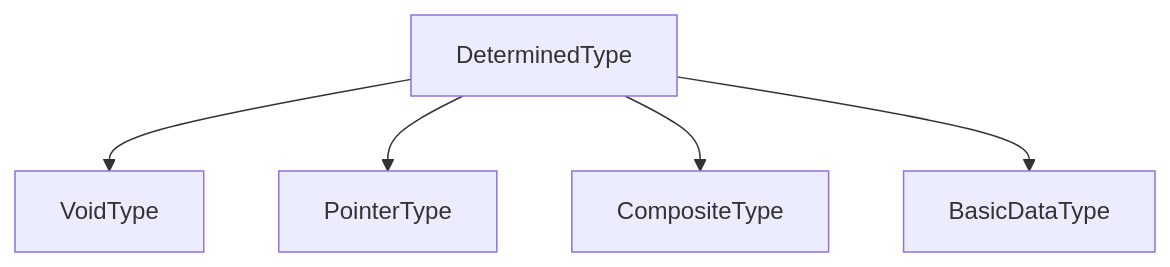
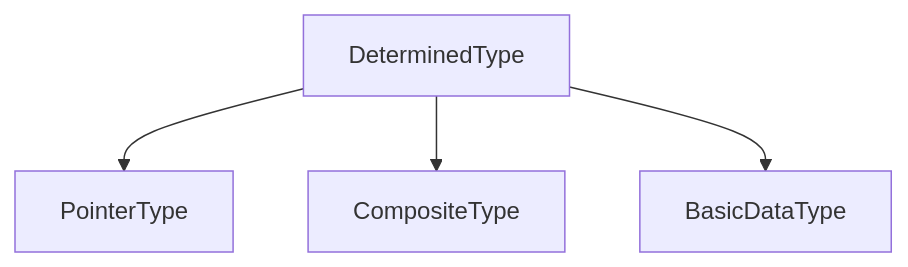
One commit to YJL-NLP/alioth-dev changed the third of 15 diagrams in doc/assets/p/类型系统.md. Above: the diagram before and after it, drawn with Mermaid. The commit also changed other lines of this file and 3 other files, not shown here.

Commit message:
add support to TypeConvertDiagram

```diff
--- a/doc/assets/p/类型系统.md
+++ b/doc/assets/p/类型系统.md
@@ -90,8 +96,7 @@
 ~~~mermaid
 graph TB
 
-DeterminedType --> VoidType
 DeterminedType --> PointerType
 DeterminedType --> CompositeType
 DeterminedType --> BasicDataType
 ~~~
```
